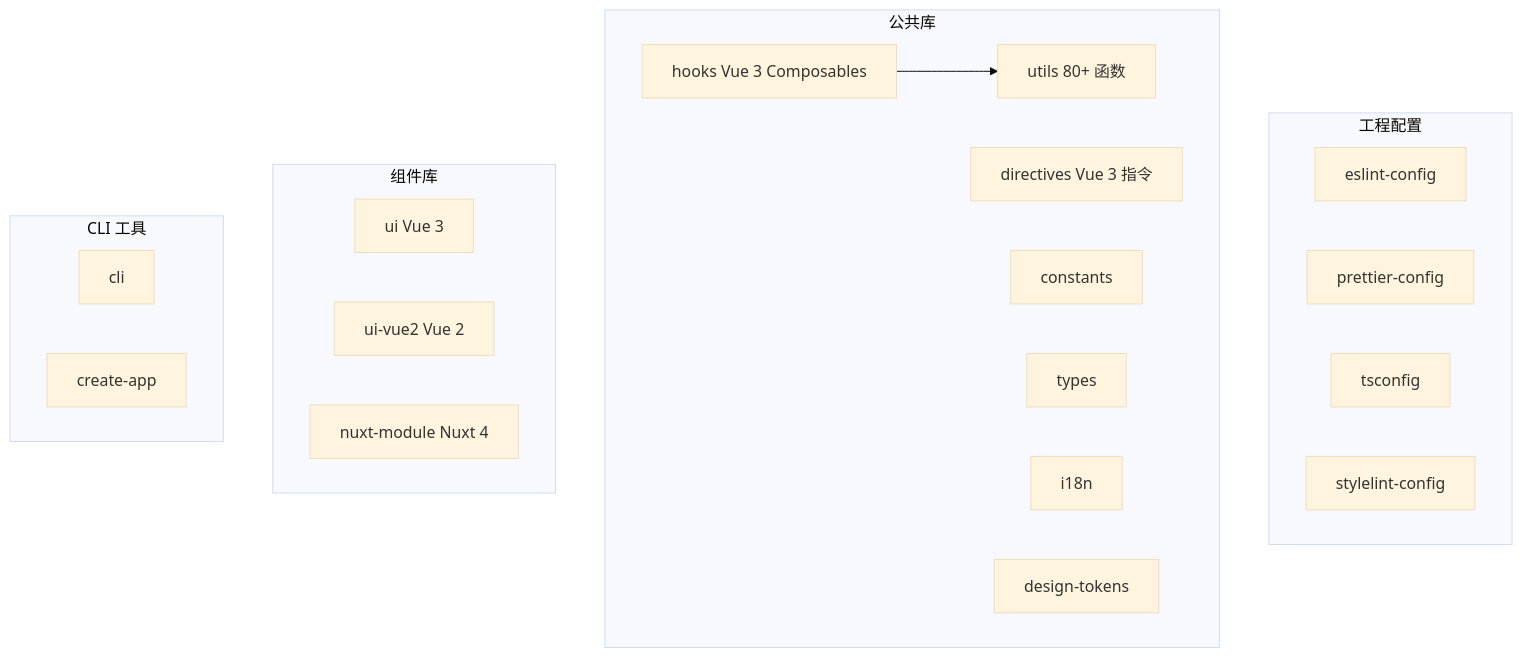
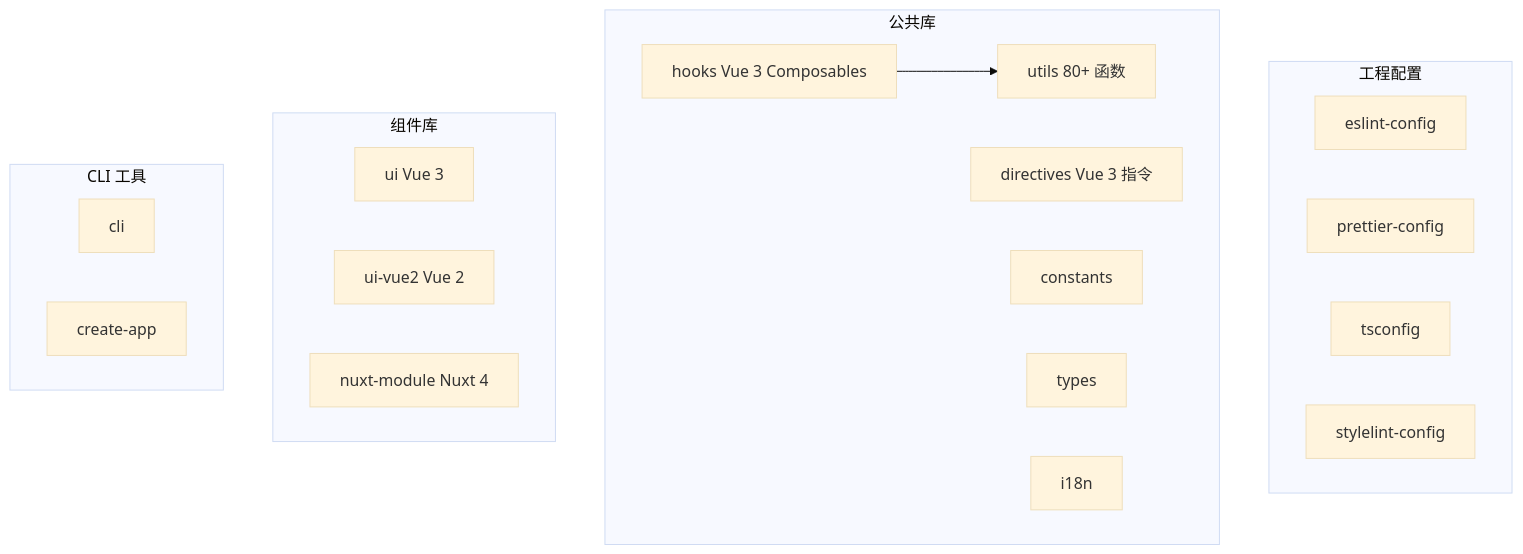
One commit to RyenToretto/ku-utils changed the second of 3 diagrams in docs/SPEAK.md. Above: the diagram before and after it, drawn with Mermaid (base theme). The commit also changed other lines of this file and 26 other files, not shown here.

First line of the commit message:
chore: 移除 design-tokens 包

````diff
--- a/docs/SPEAK.md
+++ b/docs/SPEAK.md
@@ -58,32 +58,31 @@
 ```mermaid
 graph TD
   subgraph cfg [工程配置]
     EsLint[eslint-config]
     Prettier[prettier-config]
     TsConfig[tsconfig]
     Stylelint[stylelint-config]
   end
 
   subgraph lib [公共库]
     Utils[utils 80+ 函数]
     Hooks[hooks Vue 3 Composables]
     Directives[directives Vue 3 指令]
     Constants[constants]
     Types[types]
     I18n[i18n]
-    DesignTokens[design-tokens]
   end
 
   subgraph ui [组件库]
     UI[ui Vue 3]
     UIVue2[ui-vue2 Vue 2]
     NuxtModule[nuxt-module Nuxt 4]
   end
 
   subgraph cli [CLI 工具]
     Cli[cli]
     CreateApp[create-app]
   end
 
   Hooks --> Utils
 ```
````
